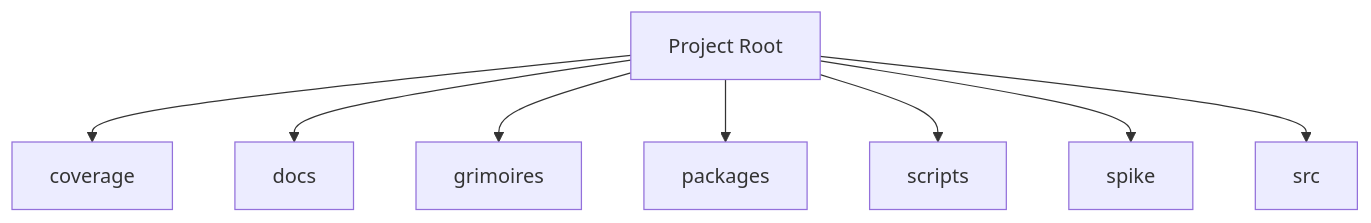
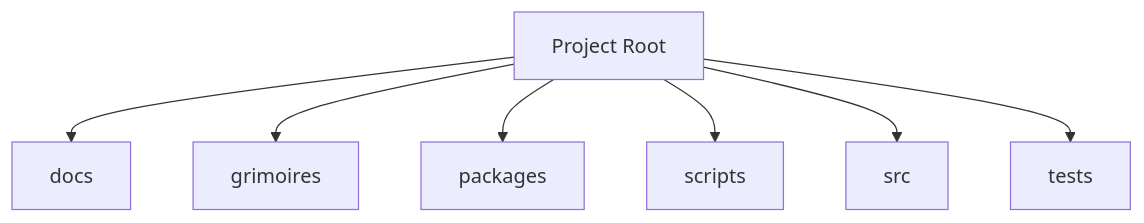
Before and after one commit to 0xHoneyJar/identity-api: the diagram in BUTTERFREEZONE.md, drawn with Mermaid. The commit also changed other lines of this file and 612 other files, not shown here.

````diff
--- a/BUTTERFREEZONE.md
+++ b/BUTTERFREEZONE.md
@@ -54,18 +56,16 @@
 ```mermaid
 graph TD
-    coverage[coverage]
     docs[docs]
     grimoires[grimoires]
     packages[packages]
     scripts[scripts]
-    spike[spike]
     src[src]
+    tests[tests]
     Root[Project Root]
-    Root --> coverage
     Root --> docs
     Root --> grimoires
     Root --> packages
     Root --> scripts
-    Root --> spike
     Root --> src
+    Root --> tests
 ```
````
